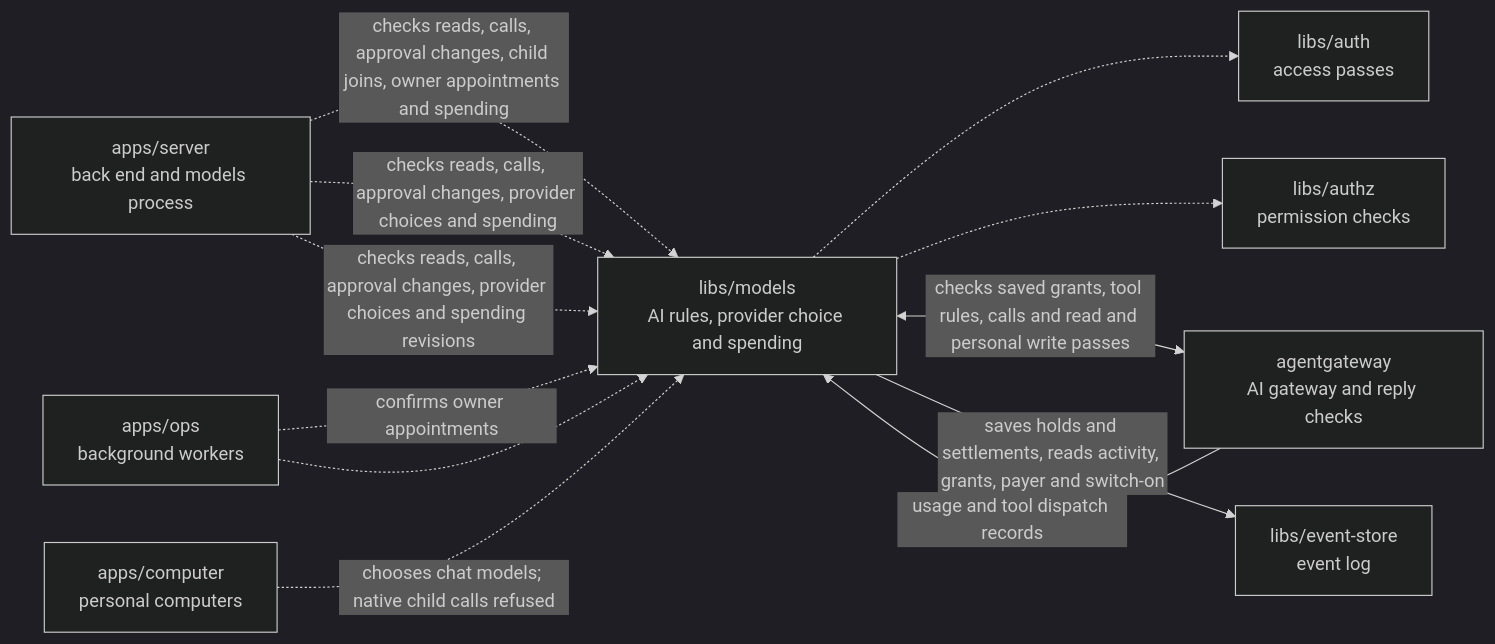
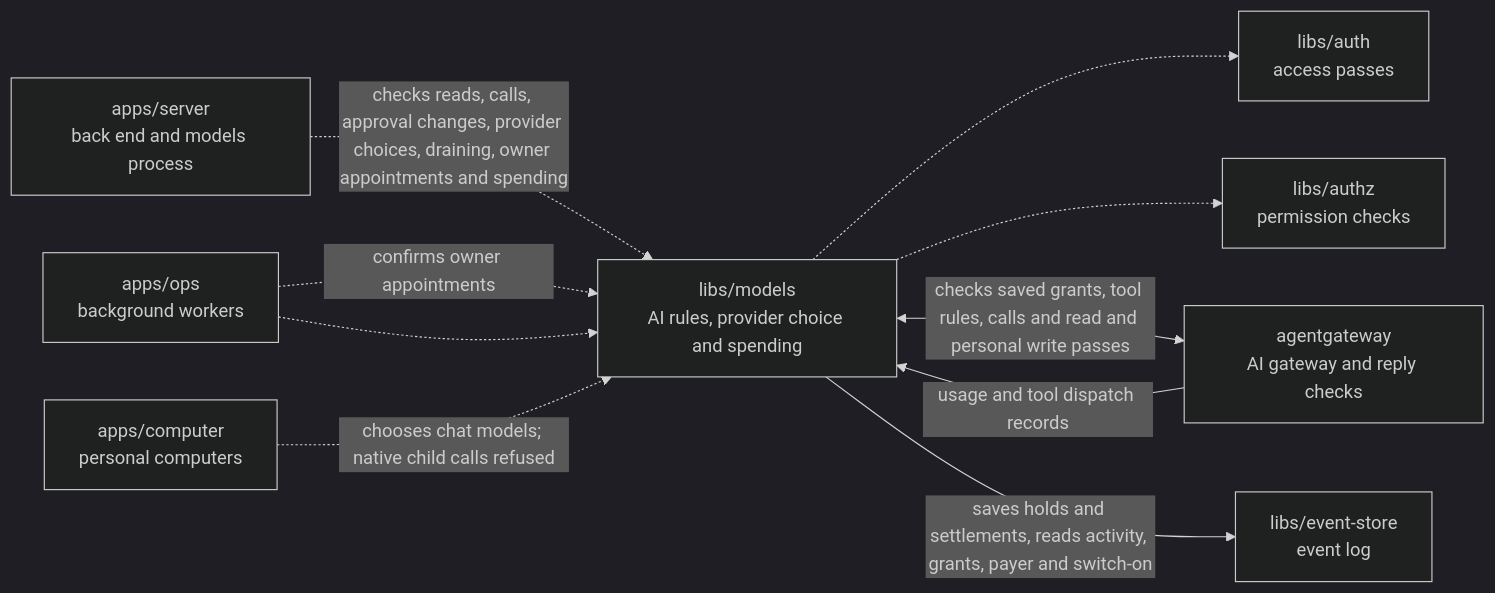
One commit to elewa-git/opencrane-new changed the diagram in libs/models/README.md. Above: the diagram before and after it, drawn with Mermaid (dark theme). The commit also changed other lines of this file and 19 other files, not shown here.

Commit message:
⏸️ Record provider draining while running turns keep their path

````diff
--- a/libs/models/README.md
+++ b/libs/models/README.md
@@ -11,14 +11,12 @@
 ```mermaid
 flowchart LR
-  server["apps/server<br/>back end and models process"] -.->|checks reads, calls, approval changes, child joins, owner appointments and spending| models["libs/models<br/>AI rules and spending"]
+  server["apps/server<br/>back end and models process"] -.->|checks reads, calls, approval changes, provider choices, draining, owner appointments and spending| models["libs/models<br/>AI rules, provider choice and spending"]
   ops["apps/ops<br/>background workers"] -.->|confirms owner appointments| models
-  server["apps/server<br/>back end and models process"] -.->|checks reads, calls, approval changes, provider choices and spending| models["libs/models<br/>AI rules and provider choice"]
-  server["apps/server<br/>back end and models process"] -.->|checks reads, calls, approval changes, provider choices and spending revisions| models["libs/models<br/>AI rules, provider choice and spending"]
   ops["apps/ops<br/>background workers"] -.-> models
   computer["apps/computer<br/>personal computers"] -.->|chooses chat models; native child calls refused| models
   models -.-> auth["libs/auth<br/>access passes"]
   models -.-> authz["libs/authz<br/>permission checks"]
   models <-->|checks saved grants, tool rules, calls and read and personal write passes| gateway["agentgateway<br/>AI gateway and reply checks"]
   gateway -->|usage and tool dispatch records| models
   models -->|saves holds and settlements, reads activity, grants, payer and switch-on| store["libs/event-store<br/>event log"]
 ```
````
